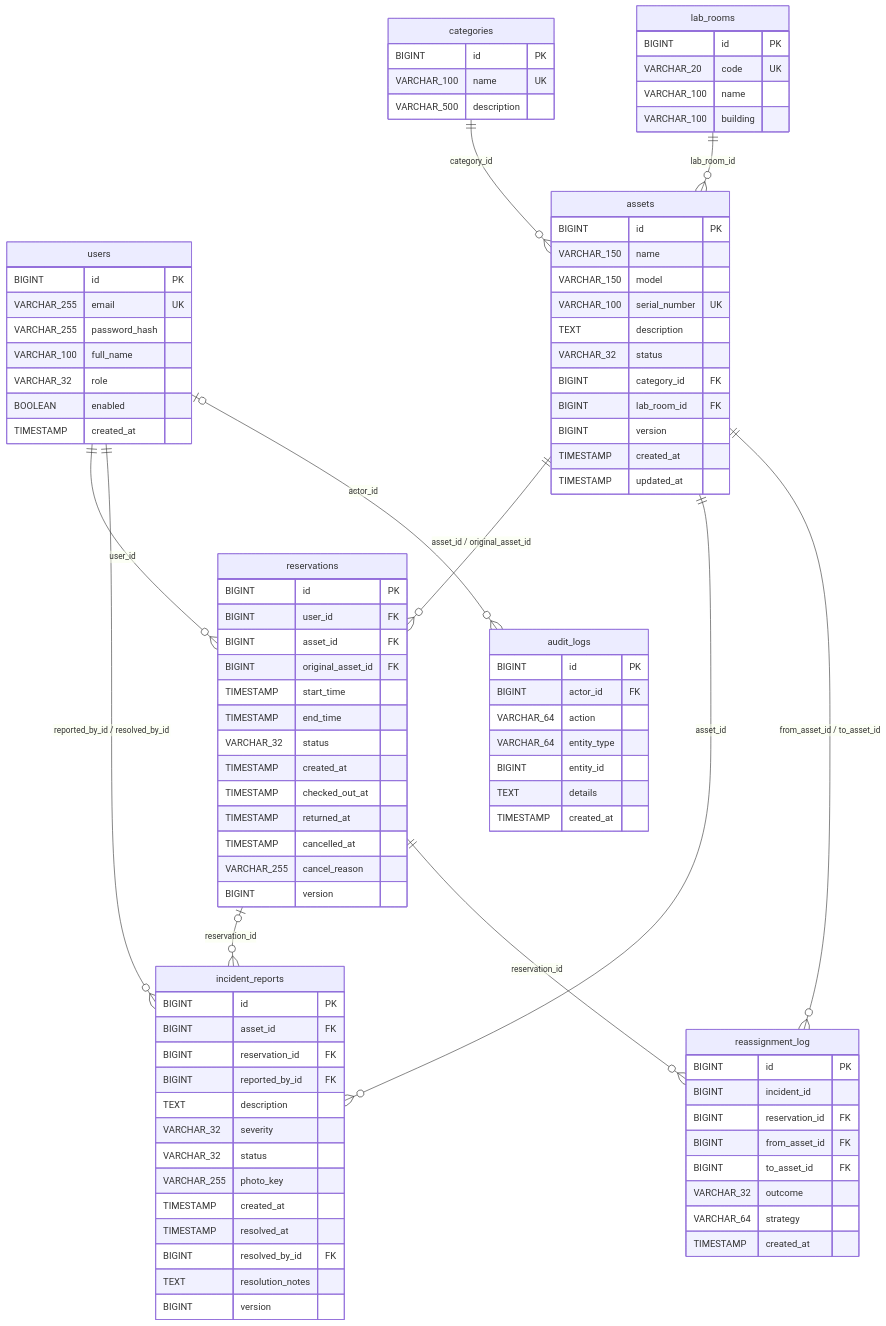
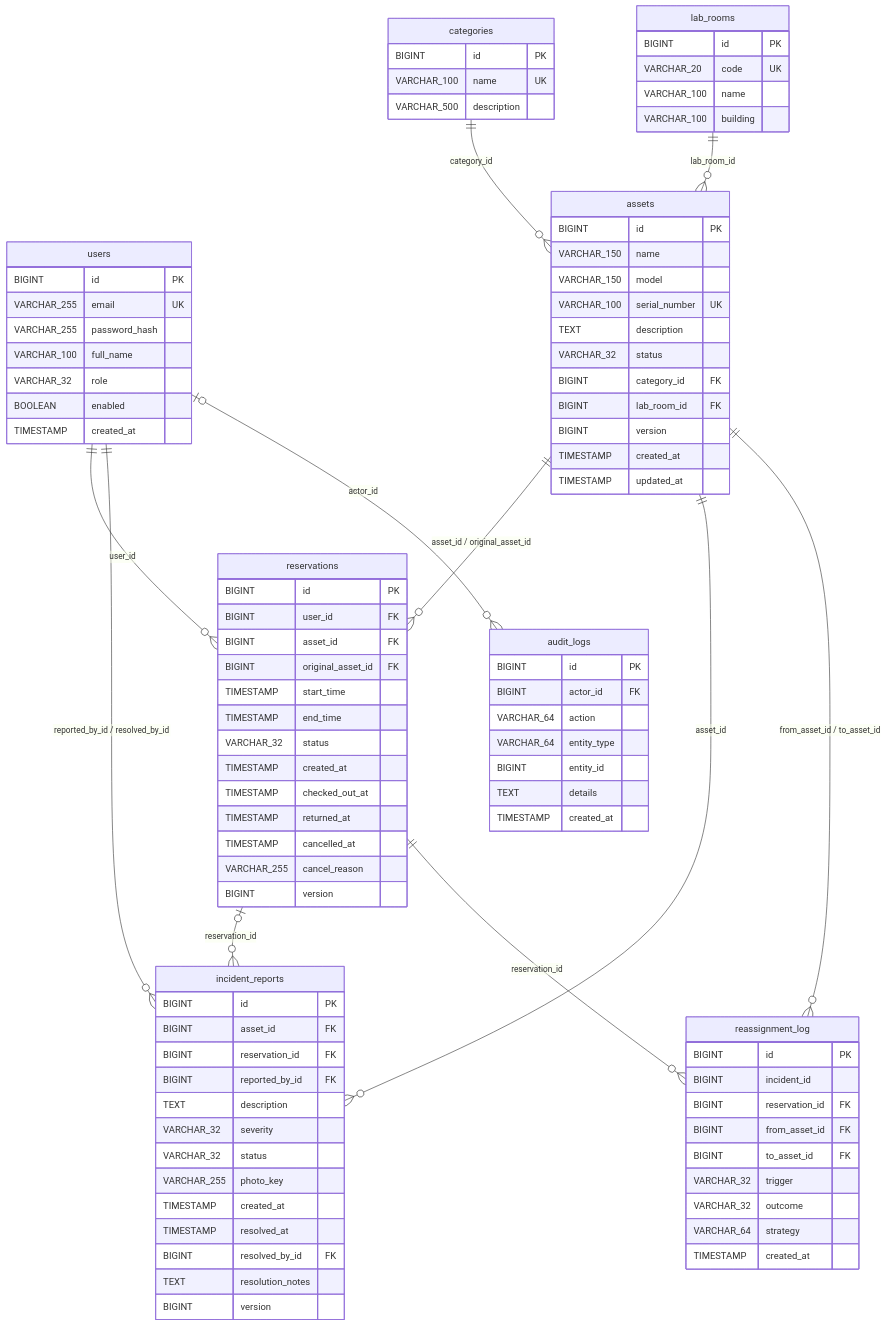
The diagram in docs/diagrams/database-er.mmd (FundamenteleInginerieiSoftware/campus-hub), drawn with Mermaid before and after one commit. The commit also changed 17 other files, not shown here.

```diff
--- a/docs/diagrams/database-er.mmd
+++ b/docs/diagrams/database-er.mmd
@@ -1,101 +1,102 @@
 erDiagram
     users {
         BIGINT id PK
         VARCHAR_255 email UK
         VARCHAR_255 password_hash
         VARCHAR_100 full_name
         VARCHAR_32 role
         BOOLEAN enabled
         TIMESTAMP created_at
     }
 
     categories {
         BIGINT id PK
         VARCHAR_100 name UK
         VARCHAR_500 description
     }
 
     lab_rooms {
         BIGINT id PK
         VARCHAR_20 code UK
         VARCHAR_100 name
         VARCHAR_100 building
     }
 
     assets {
         BIGINT id PK
         VARCHAR_150 name
         VARCHAR_150 model
         VARCHAR_100 serial_number UK
         TEXT description
         VARCHAR_32 status
         BIGINT category_id FK
         BIGINT lab_room_id FK
         BIGINT version
         TIMESTAMP created_at
         TIMESTAMP updated_at
     }
 
     reservations {
         BIGINT id PK
         BIGINT user_id FK
         BIGINT asset_id FK
         BIGINT original_asset_id FK
         TIMESTAMP start_time
         TIMESTAMP end_time
         VARCHAR_32 status
         TIMESTAMP created_at
         TIMESTAMP checked_out_at
         TIMESTAMP returned_at
         TIMESTAMP cancelled_at
         VARCHAR_255 cancel_reason
         BIGINT version
     }
 
     incident_reports {
         BIGINT id PK
         BIGINT asset_id FK
         BIGINT reservation_id FK
         BIGINT reported_by_id FK
         TEXT description
         VARCHAR_32 severity
         VARCHAR_32 status
         VARCHAR_255 photo_key
         TIMESTAMP created_at
         TIMESTAMP resolved_at
         BIGINT resolved_by_id FK
         TEXT resolution_notes
         BIGINT version
     }
 
     reassignment_log {
         BIGINT id PK
         BIGINT incident_id
         BIGINT reservation_id FK
         BIGINT from_asset_id FK
         BIGINT to_asset_id FK
+        VARCHAR_32 trigger
         VARCHAR_32 outcome
         VARCHAR_64 strategy
         TIMESTAMP created_at
     }
 
     audit_logs {
         BIGINT id PK
         BIGINT actor_id FK
         VARCHAR_64 action
         VARCHAR_64 entity_type
         BIGINT entity_id
         TEXT details
         TIMESTAMP created_at
     }
 
     categories ||--o{ assets : "category_id"
     lab_rooms ||--o{ assets : "lab_room_id"
     users ||--o{ reservations : "user_id"
     assets ||--o{ reservations : "asset_id / original_asset_id"
     assets ||--o{ incident_reports : "asset_id"
     reservations |o--o{ incident_reports : "reservation_id"
     users ||--o{ incident_reports : "reported_by_id / resolved_by_id"
     reservations ||--o{ reassignment_log : "reservation_id"
     assets ||--o{ reassignment_log : "from_asset_id / to_asset_id"
     users |o--o{ audit_logs : "actor_id"
```
